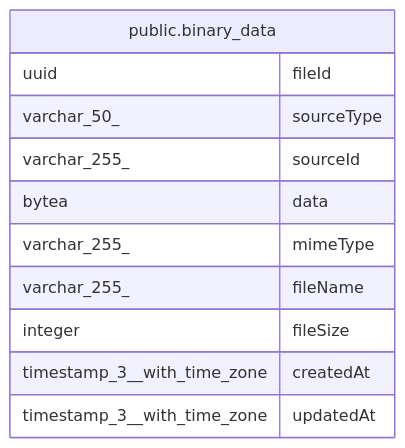
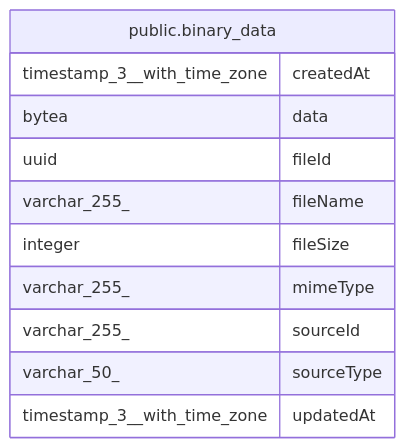
The diagram in docs/generated/postgres-schema/public.binary_data.md (mayankjain1815-commits/n8n), drawn with Mermaid before and after one commit. The commit also changed other lines of this file and 221 other files, not shown here.

Commit message:
chore(core): Make DB schema docs generation deterministic (#32373)

````diff
--- a/docs/generated/postgres-schema/public.binary_data.md
+++ b/docs/generated/postgres-schema/public.binary_data.md
@@ -40,16 +40,16 @@
 ```mermaid
 erDiagram
 
 
 "public.binary_data" {
+  timestamp_3__with_time_zone createdAt
+  bytea data
   uuid fileId
-  varchar_50_ sourceType
-  varchar_255_ sourceId
-  bytea data
-  varchar_255_ mimeType
   varchar_255_ fileName
   integer fileSize
-  timestamp_3__with_time_zone createdAt
+  varchar_255_ mimeType
+  varchar_255_ sourceId
+  varchar_50_ sourceType
   timestamp_3__with_time_zone updatedAt
 }
 ```
````
